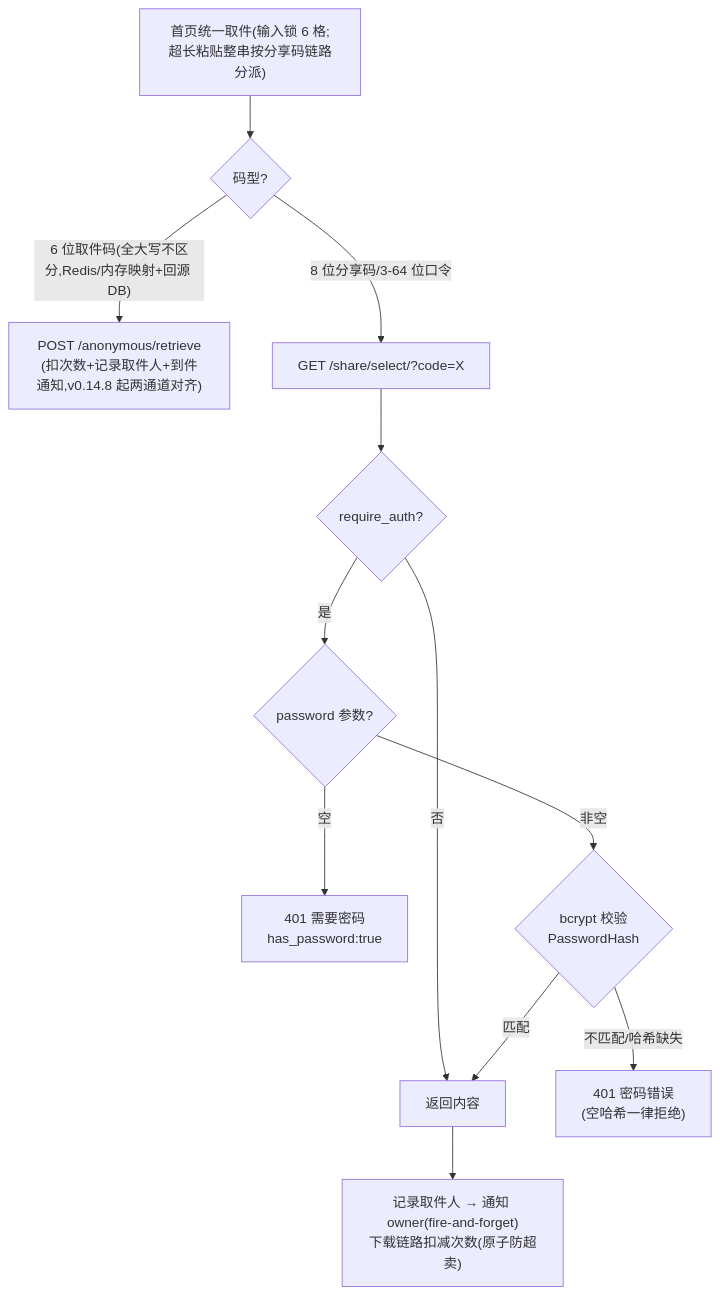
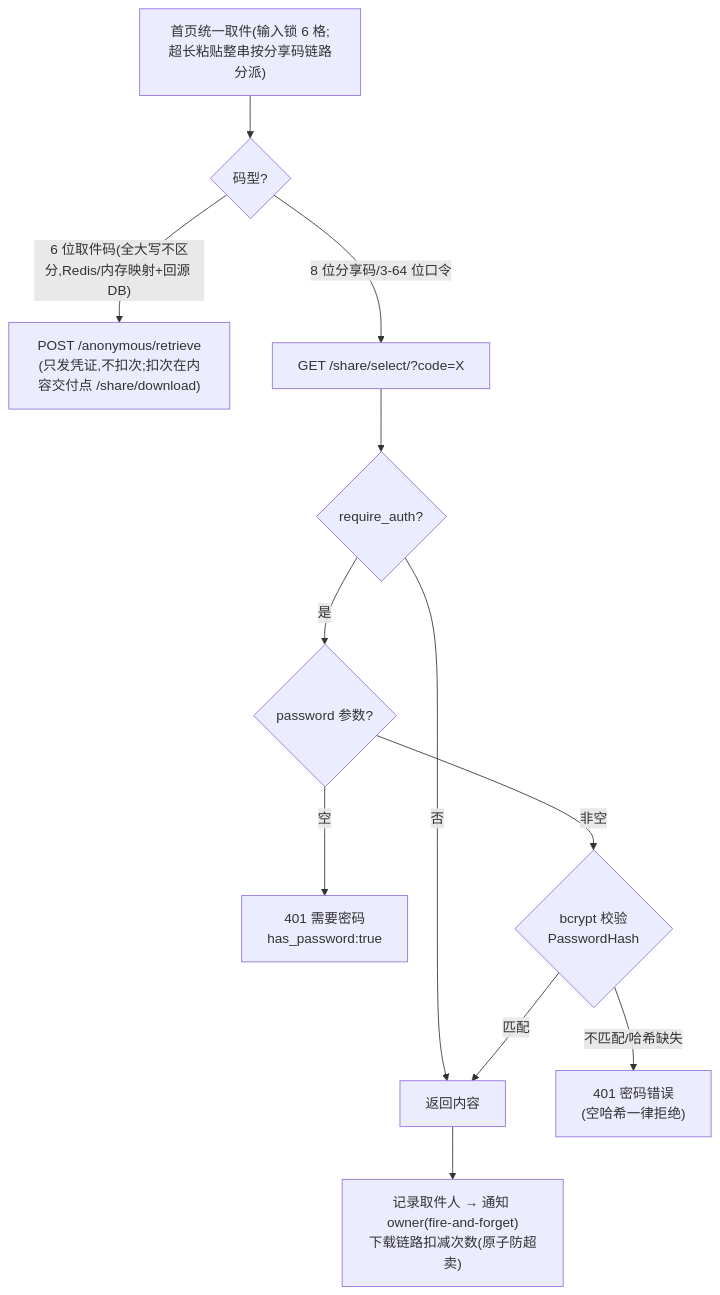
One commit to pigeonbox/pigeonbox changed the sixth of 10 diagrams in docs/architecture.md. Above: the diagram before and after it, drawn with Mermaid. The commit also changed 4 other files, not shown here.

````diff
--- a/docs/architecture.md
+++ b/docs/architecture.md
@@ -251,14 +251,14 @@
 ```mermaid
 flowchart TD
     U["首页统一取件(输入锁 6 格;<br/>超长粘贴整串按分享码链路分派)"] --> U2{"码型?"}
-    U2 -->|"6 位取件码(全大写不区分,Redis/内存映射+回源 DB)"| U3["POST /anonymous/retrieve<br/>(扣次数+记录取件人+到件通知,v0.14.8 起两通道对齐)"]
+    U2 -->|"6 位取件码(全大写不区分,Redis/内存映射+回源 DB)"| U3["POST /anonymous/retrieve<br/>(只发凭证,不扣次;扣次在内容交付点 /share/download)"]
     U2 -->|"8 位分享码/3-64 位口令"| A["GET /share/select/?code=X"]
     A --> B{require_auth?}
     B -->|否| Z[返回内容]
     B -->|是| C{password 参数?}
     C -->|空| D["401 需要密码<br/>has_password:true"]
     C -->|非空| E{bcrypt 校验<br/>PasswordHash}
     E -->|不匹配/哈希缺失| F["401 密码错误<br/>(空哈希一律拒绝)"]
     E -->|匹配| Z
     Z --> Y["记录取件人 → 通知 owner(fire-and-forget)<br/>下载链路扣减次数(原子防超卖)"]
 ```
````
